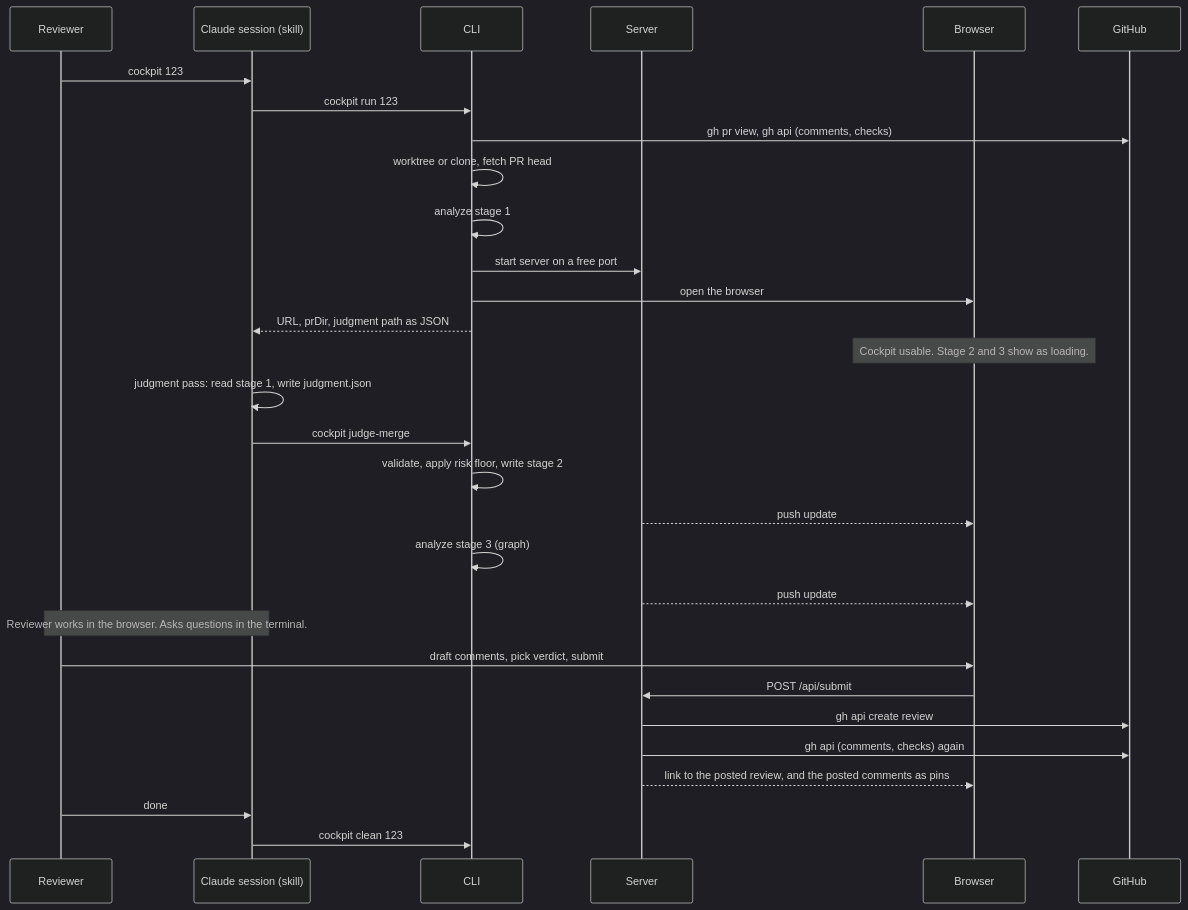
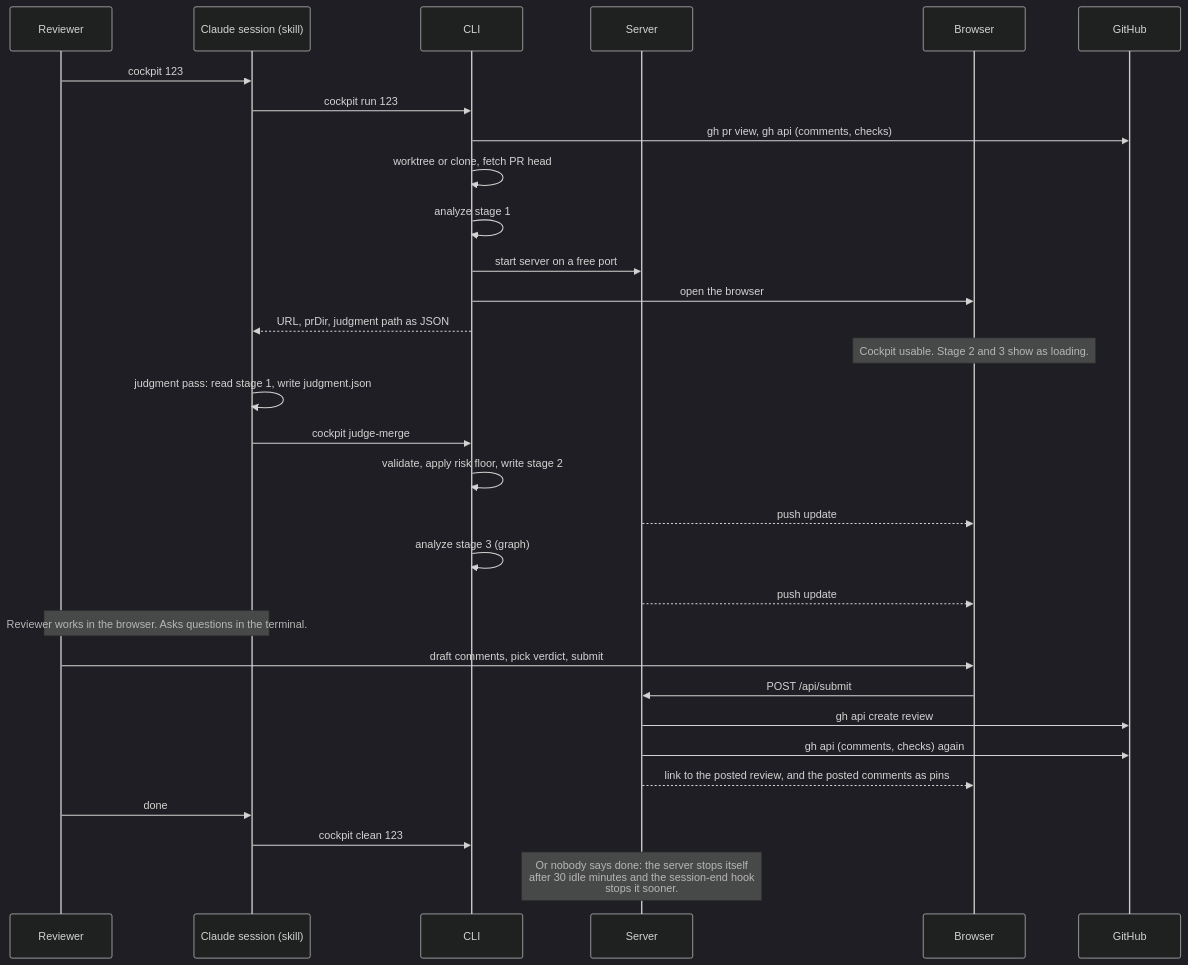
One commit to zalts1/pr-review-cockpit changed the second of 2 diagrams in docs/02-architecture.md. Above: the diagram before and after it, drawn with Mermaid (dark theme). The commit also changed other lines of this file and 2 other files, not shown here.

````diff
--- a/docs/02-architecture.md
+++ b/docs/02-architecture.md
@@ -75,33 +75,34 @@
 ```mermaid
 sequenceDiagram
   participant R as Reviewer
   participant K as Claude session (skill)
   participant C as CLI
   participant S as Server
   participant B as Browser
   participant G as GitHub
 
   R->>K: cockpit 123
   K->>C: cockpit run 123
   C->>G: gh pr view, gh api (comments, checks)
   C->>C: worktree or clone, fetch PR head
   C->>C: analyze stage 1
   C->>S: start server on a free port
   C->>B: open the browser
   C-->>K: URL, prDir, judgment path as JSON
   Note over B: Cockpit usable. Stage 2 and 3 show as loading.
   K->>K: judgment pass: read stage 1, write judgment.json
   K->>C: cockpit judge-merge
   C->>C: validate, apply risk floor, write stage 2
   S-->>B: push update
   C->>C: analyze stage 3 (graph)
   S-->>B: push update
   Note over R,K: Reviewer works in the browser. Asks questions in the terminal.
   R->>B: draft comments, pick verdict, submit
   B->>S: POST /api/submit
   S->>G: gh api create review
   S->>G: gh api (comments, checks) again
   S-->>B: link to the posted review, and the posted comments as pins
   R->>K: done
   K->>C: cockpit clean 123
+  Note over S: Or nobody says done: the server stops itself<br/>after 30 idle minutes and the session-end hook<br/>stops it sooner.
 ```
````
